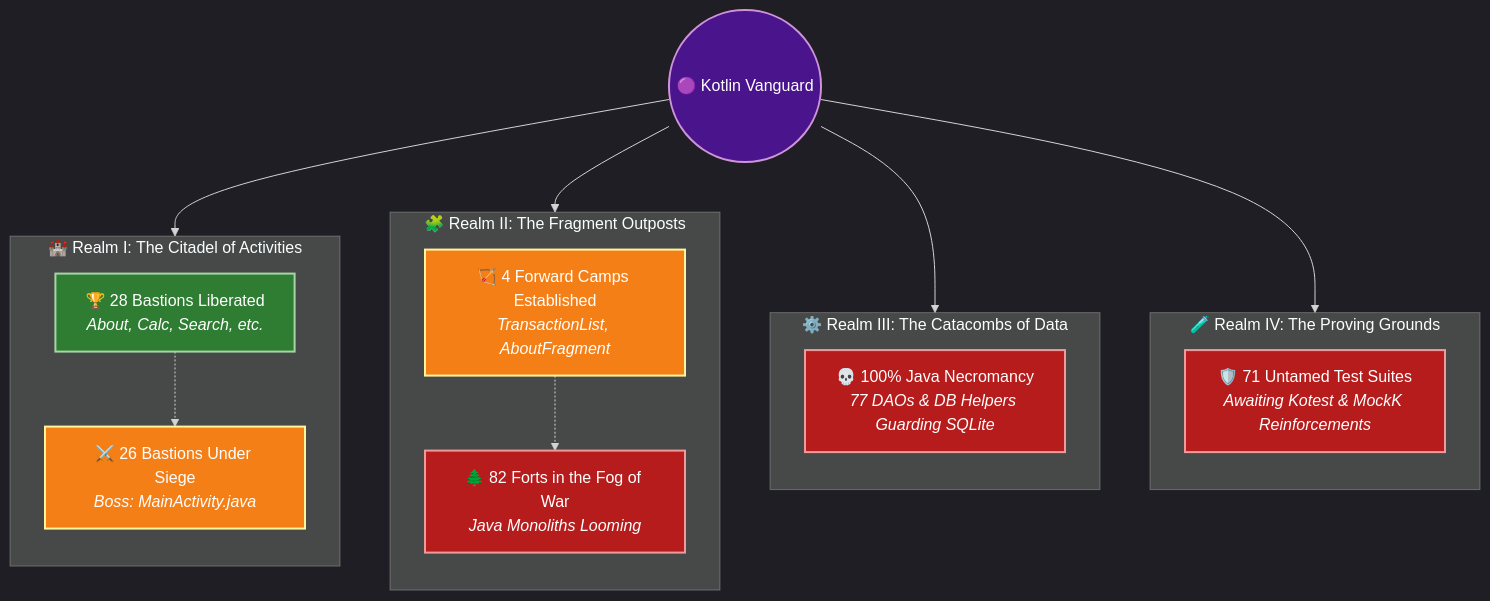
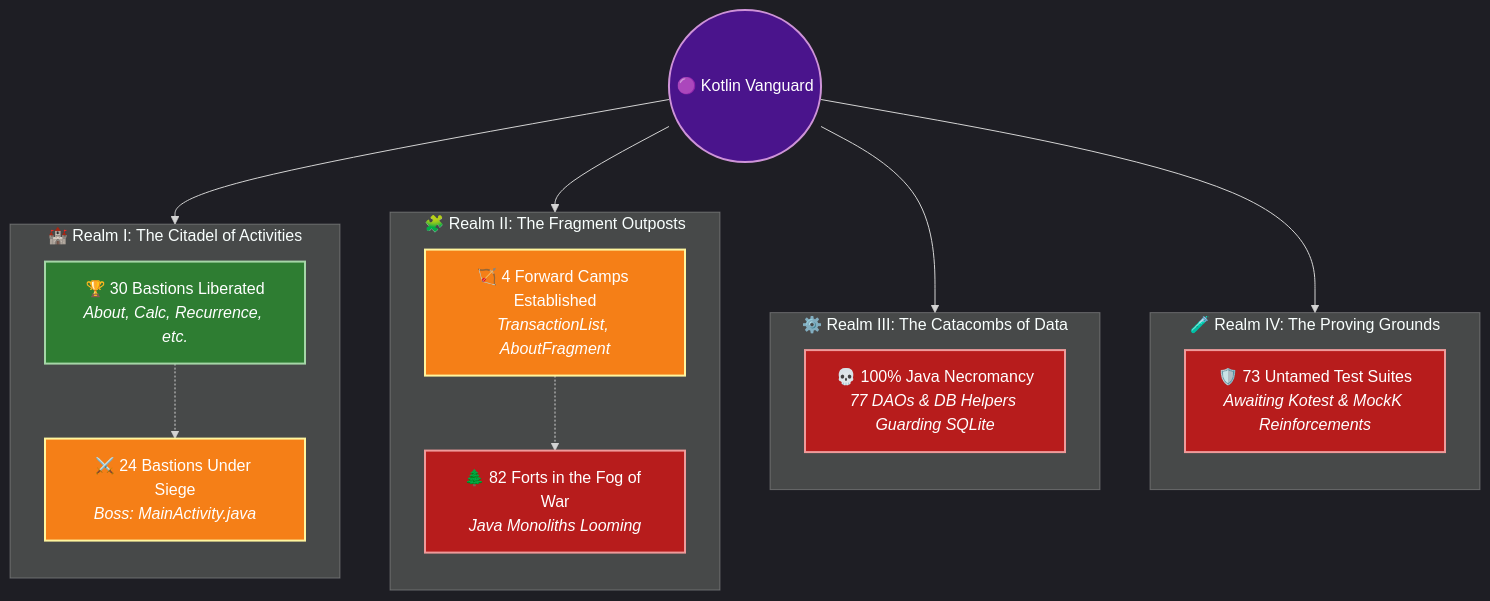
One commit to solomonrajan/cashledger changed the second of 3 diagrams in KOTLIN_MIGRATION_REPORT.md. Above: the diagram before and after it, drawn with Mermaid. The commit also changed other lines of this file and 6 other files, not shown here.

````diff
--- a/KOTLIN_MIGRATION_REPORT.md
+++ b/KOTLIN_MIGRATION_REPORT.md
@@ -29,37 +29,37 @@
 ```mermaid
 %%{init: {'theme': 'dark', 'themeVariables': { 'fontFamily': 'monospace' }}}%%
 flowchart TD
     classDef liberated fill:#2e7d32,stroke:#a5d6a7,stroke-width:2px,color:#ffffff;
     classDef siege fill:#f57f17,stroke:#fff59d,stroke-width:2px,color:#ffffff;
     classDef occupied fill:#b71c1c,stroke:#ef9a9a,stroke-width:2px,color:#ffffff;
     classDef portal fill:#4a148c,stroke:#ce93d8,stroke-width:2px,color:#ffffff;
 
     Start((🟣 Kotlin Vanguard)):::portal --> Castle
     Start --> Valley
     Start --> Dungeon
     Start --> Arena
 
     subgraph Castle["🏰 Realm I: The Citadel of Activities"]
         direction TB
-        A_Won["🏆 28 Bastions Liberated<br/><i>About, Calc, Search, etc.</i>"]:::liberated
-        A_Siege["⚔️ 26 Bastions Under Siege<br/><i>Boss: MainActivity.java</i>"]:::siege
+        A_Won["🏆 30 Bastions Liberated<br/><i>About, Calc, Recurrence, etc.</i>"]:::liberated
+        A_Siege["⚔️ 24 Bastions Under Siege<br/><i>Boss: MainActivity.java</i>"]:::siege
         A_Won -.-> A_Siege
     end
 
     subgraph Valley["🧩 Realm II: The Fragment Outposts"]
         direction TB
         F_Scout["🏹 4 Forward Camps Established<br/><i>TransactionList, AboutFragment</i>"]:::siege
         F_Wild["🌲 82 Forts in the Fog of War<br/><i>Java Monoliths Looming</i>"]:::occupied
         F_Scout -.-> F_Wild
     end
 
     subgraph Dungeon["⚙️ Realm III: The Catacombs of Data"]
         direction TB
         D_Curse["💀 100% Java Necromancy<br/><i>77 DAOs & DB Helpers Guarding SQLite</i>"]:::occupied
     end
 
     subgraph Arena["🧪 Realm IV: The Proving Grounds"]
         direction TB
-        T_Trial["🛡️ 71 Untamed Test Suites<br/><i>Awaiting Kotest & MockK Reinforcements</i>"]:::occupied
+        T_Trial["🛡️ 73 Untamed Test Suites<br/><i>Awaiting Kotest & MockK Reinforcements</i>"]:::occupied
     end
 ```
````
